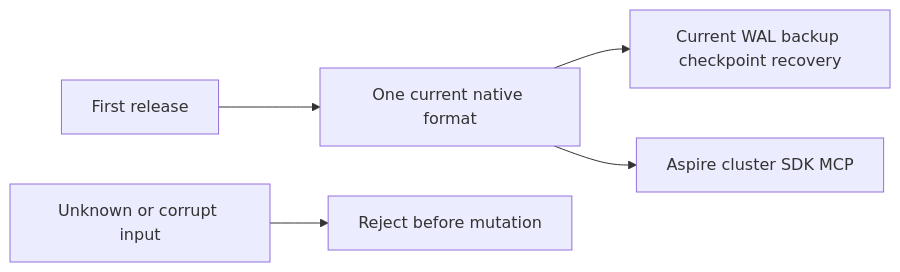
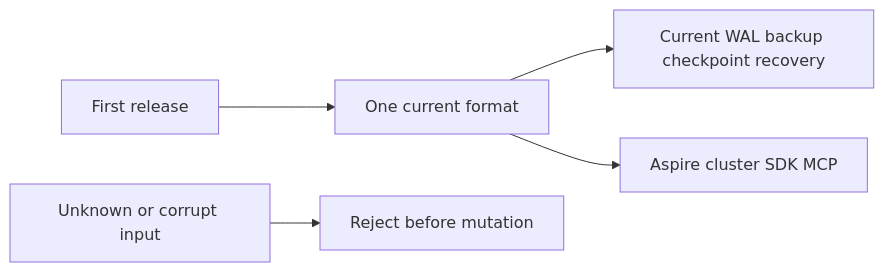
Before and after one commit to managedcode/KeyLoad: the diagram in docs/ADR/ADR-116-first-release-current-format.md, drawn with Mermaid. The commit also changed other lines of this file and 9016 other files, not shown here.

````diff
--- a/docs/ADR/ADR-116-first-release-current-format.md
+++ b/docs/ADR/ADR-116-first-release-current-format.md
@@ -47,7 +47,7 @@
 ```mermaid
 flowchart LR
-  Scope[First release] --> Current[One current native format]
+  Scope[First release] --> Current[One current format]
   Current --> Recovery[Current WAL backup checkpoint recovery]
   Current --> Cluster[Aspire cluster SDK MCP]
   Unsupported[Unknown or corrupt input] --> Reject[Reject before mutation]
 ```
````
